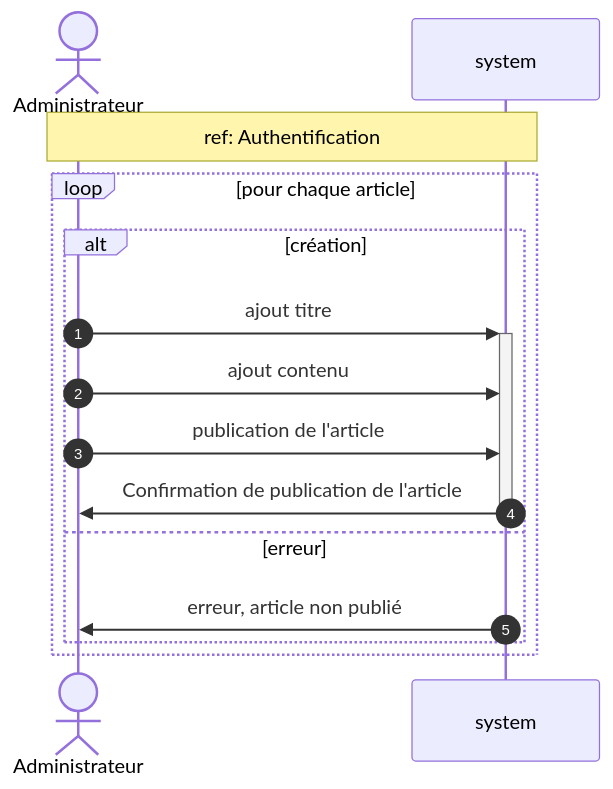
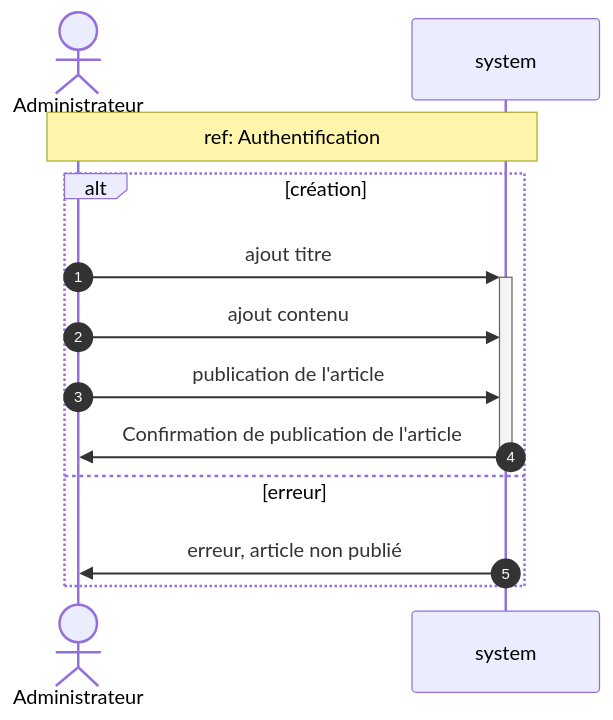
The diagram in public/UML/sd_gestion_article.md (Tony-marques/p5_blog), drawn with Mermaid before and after one commit. The commit also changed 28 other files, not shown here.

````diff
--- a/public/UML/sd_gestion_article.md
+++ b/public/UML/sd_gestion_article.md
@@ -1,27 +1,25 @@
 ```mermaid
 
 sequenceDiagram
   autonumber
   actor Administrateur
 
   Note over Administrateur,system: ref: Authentification
 
-  loop pour chaque article
     alt création
       Administrateur ->>+ system: ajout titre
       Administrateur ->> system: ajout contenu
       Administrateur ->> system: publication de l'article
       system ->>- Administrateur: Confirmation de publication de l'article
     else erreur
       system ->> Administrateur : erreur, article non publié
     end
-  end
 
 
 
 
 # Rajouter intermédiaire (front, back)
 
 
 
 ```
````
